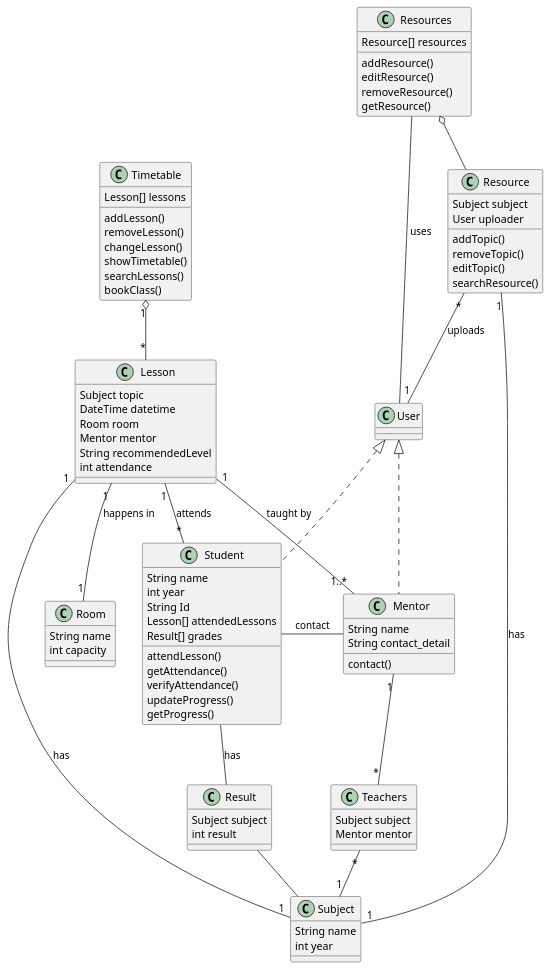
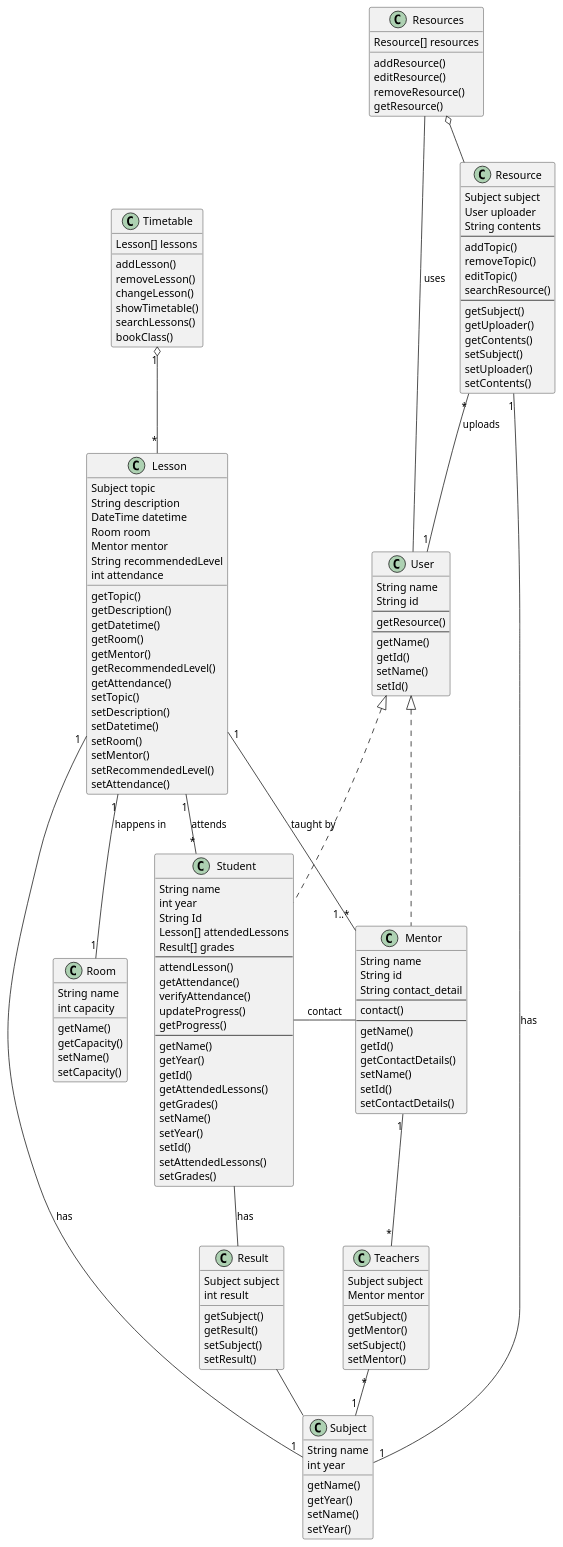
The diagram in Class Diagrams/class_diagram.pu (Gyrogaming01/asdp-project-1), drawn with PlantUML before and after one commit. The commit also changed 1 other file, not shown here.

Commit message:
updated class diagram

```diff
--- a/Class Diagrams/class_diagram.pu
+++ b/Class Diagrams/class_diagram.pu
@@ -1,98 +1,171 @@
 @startuml
 
 Timetable "1" o-- "*" Lesson
 Lesson "1" -- "1" Room : happens in
 Lesson "1" -- "1..*" Mentor : taught by
 
 Mentor "1" -- "*" Teachers
 Teachers "*" -- "1" Subject
 Resource "*" -- "1" User : uploads
 User <|.. Student
 User <|.. Mentor
 Resource "1" -- "1" Subject : has
 Resources o-- Resource
 Lesson "1" -- "1" Subject : has
 Lesson "1" -- "*" Student : attends
 Resources -- User : uses
 
 class Timetable {
   Lesson[] lessons
   addLesson()
   removeLesson()
   changeLesson()
   showTimetable()
   searchLessons()
   bookClass()
 }
 
 class Lesson {
   Subject topic
+  String description
   DateTime datetime
   Room room
   Mentor mentor
   String recommendedLevel
   int attendance
+  getTopic()
+  getDescription()
+  getDatetime()
+  getRoom()
+  getMentor()
+  getRecommendedLevel()
+  getAttendance()
+  setTopic()
+  setDescription()
+  setDatetime()
+  setRoom()
+  setMentor()
+  setRecommendedLevel()
+  setAttendance()
 }
 
 class Room {
   String name
   int capacity
+  getName()
+  getCapacity()
+  setName()
+  setCapacity()
 }
 
 class Mentor {
   String name
+  String id
   String contact_detail
+  ---
   contact()
+  ---
+  getName()
+  getId()
+  getContactDetails()
+  setName()
+  setId()
+  setContactDetails()
 }
 
 Student - Mentor : contact
 
 class Resources {
   Resource[] resources
   addResource()
   editResource()
   removeResource()
   getResource()
 }
 
 class Resource {
   Subject subject
   User uploader
+  String contents
+  ---
   addTopic()
   removeTopic()
   editTopic()
   searchResource()
+  ---
+  getSubject()
+  getUploader()
+  getContents()
+  setSubject()
+  setUploader()
+  setContents()
+}
+
+class User {
+  String name
+  String id
+  ---
+  getResource()
+  ---
+  getName()
+  getId()
+  setName()
+  setId()
 }
 
 class Student {
   String name
   int year
   String Id
   Lesson[] attendedLessons
   Result[] grades
+  ---
   attendLesson()
   getAttendance()
   verifyAttendance()
   updateProgress()
   getProgress()
+  ---
+  getName()
+  getYear()
+  getId()
+  getAttendedLessons()
+  getGrades()
+  setName()
+  setYear()
+  setId()
+  setAttendedLessons()
+  setGrades()
 }
 
 Student -- Result : has
 Result -- Subject
 
 class Result {
   Subject subject
   int result
+  getSubject()
+  getResult()
+  setSubject()
+  setResult()
 }
 
 class Subject {
   String name
   int year
+  getName()
+  getYear()
+  setName()
+  setYear()
 }
 
 class Teachers {
   Subject subject
   Mentor mentor
+  getSubject()
+  getMentor()
+  setSubject()
+  setMentor()
 }
 
 @enduml
```
